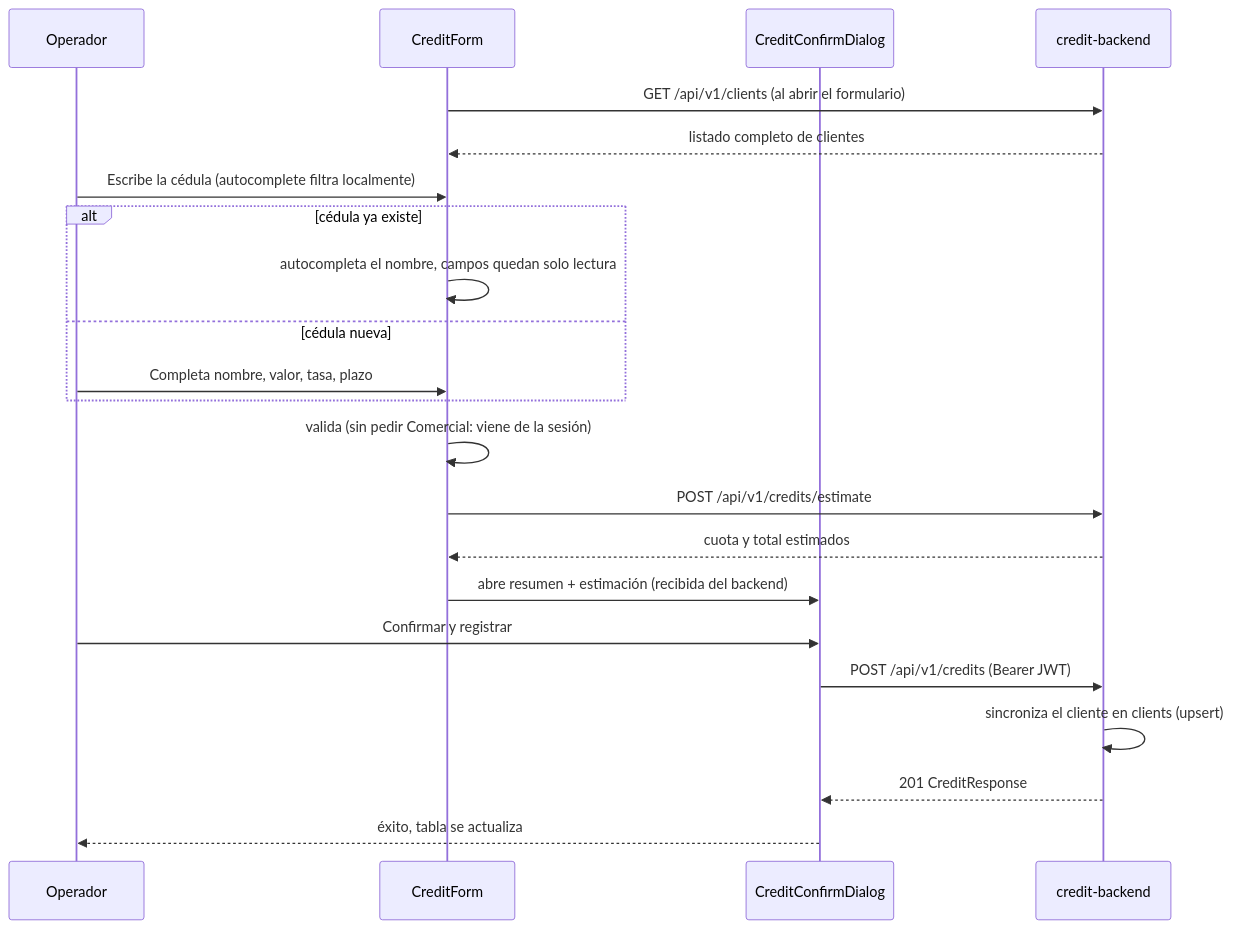
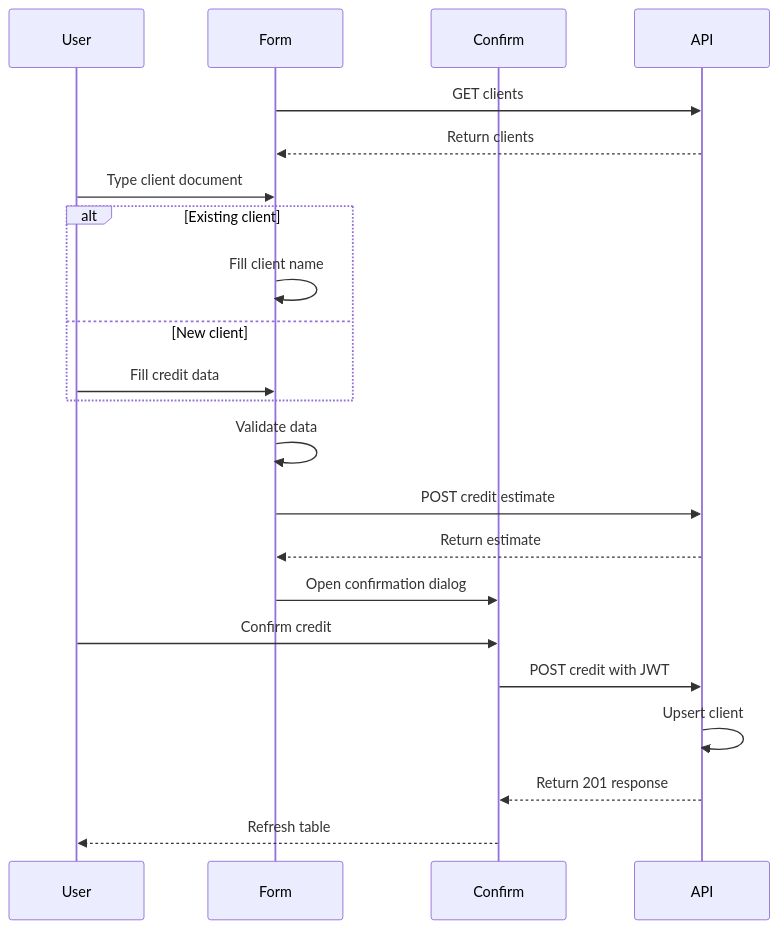
Before and after one commit to CarlosPolo019/credit-web: the second of 3 diagrams in README.md, drawn with Mermaid. The commit also changed other lines of this file, not shown here.

Commit message:
docs: simplify mermaid diagrams

````diff
--- a/README.md
+++ b/README.md
@@ -74,24 +74,24 @@
 ```mermaid
 sequenceDiagram
-  participant User as Operador
-  participant Form as CreditForm
-  participant Confirm as CreditConfirmDialog
-  participant API as credit-backend
-  Form->>API: GET /api/v1/clients (al abrir el formulario)
-  API-->>Form: listado completo de clientes
-  User->>Form: Escribe la cédula (autocomplete filtra localmente)
-  alt cédula ya existe
-    Form->>Form: autocompleta el nombre, campos quedan solo lectura
-  else cédula nueva
-    User->>Form: Completa nombre, valor, tasa, plazo
+  participant User
+  participant Form
+  participant Confirm
+  participant API
+  Form->>API: GET clients
+  API-->>Form: Return clients
+  User->>Form: Type client document
+  alt Existing client
+    Form->>Form: Fill client name
+  else New client
+    User->>Form: Fill credit data
   end
-  Form->>Form: valida (sin pedir Comercial: viene de la sesión)
-  Form->>API: POST /api/v1/credits/estimate
-  API-->>Form: cuota y total estimados
-  Form->>Confirm: abre resumen + estimación (recibida del backend)
-  User->>Confirm: Confirmar y registrar
-  Confirm->>API: POST /api/v1/credits (Bearer JWT)
-  API->>API: sincroniza el cliente en clients (upsert)
-  API-->>Confirm: 201 CreditResponse
-  Confirm-->>User: éxito, tabla se actualiza
+  Form->>Form: Validate data
+  Form->>API: POST credit estimate
+  API-->>Form: Return estimate
+  Form->>Confirm: Open confirmation dialog
+  User->>Confirm: Confirm credit
+  Confirm->>API: POST credit with JWT
+  API->>API: Upsert client
+  API-->>Confirm: Return 201 response
+  Confirm-->>User: Refresh table
 ```
````
